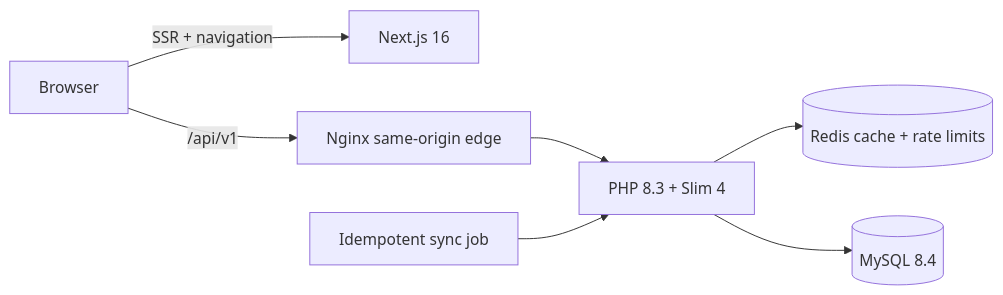
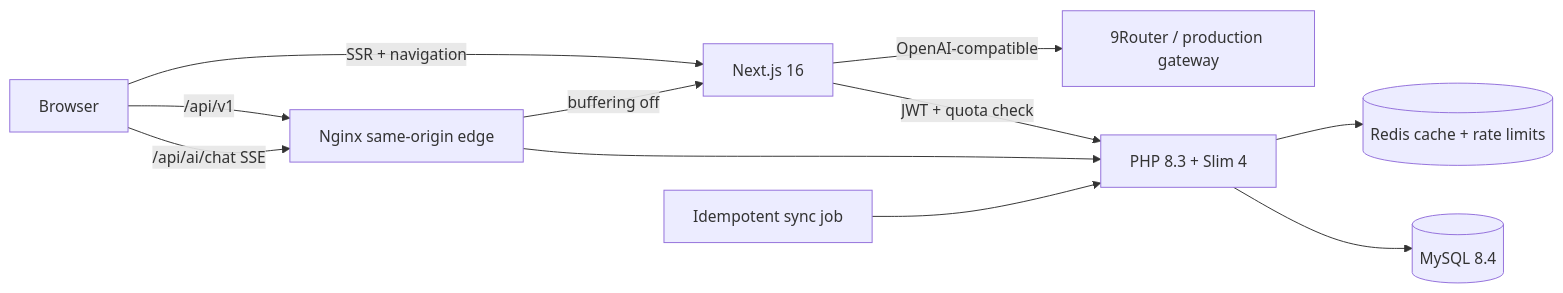
The diagram in README.md (LangPhan/homescope-sg), drawn with Mermaid before and after one commit. The commit also changed other lines of this file and 3 other files, not shown here.

````diff
--- a/README.md
+++ b/README.md
@@ -20,9 +20,13 @@
 ```mermaid
 flowchart LR
   Browser -->|SSR + navigation| Next[Next.js 16]
   Browser -->|/api/v1| Nginx[Nginx same-origin edge]
+  Browser -->|/api/ai/chat SSE| Nginx
+  Nginx -->|buffering off| Next
+  Next -->|OpenAI-compatible| Router[9Router / production gateway]
+  Next -->|JWT + quota check| PHP
   Nginx --> PHP[PHP 8.3 + Slim 4]
   PHP --> Redis[(Redis cache + rate limits)]
   PHP --> MySQL[(MySQL 8.4)]
   Cron[Idempotent sync job] --> PHP
 ```
````
